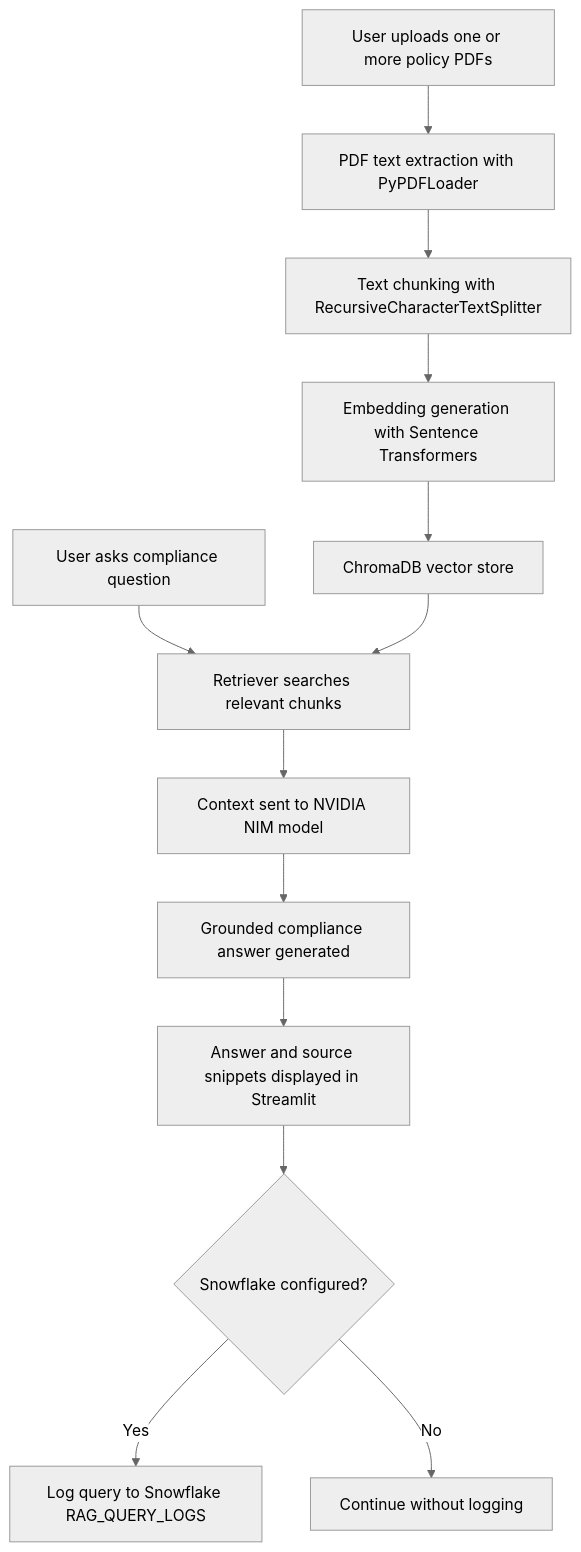
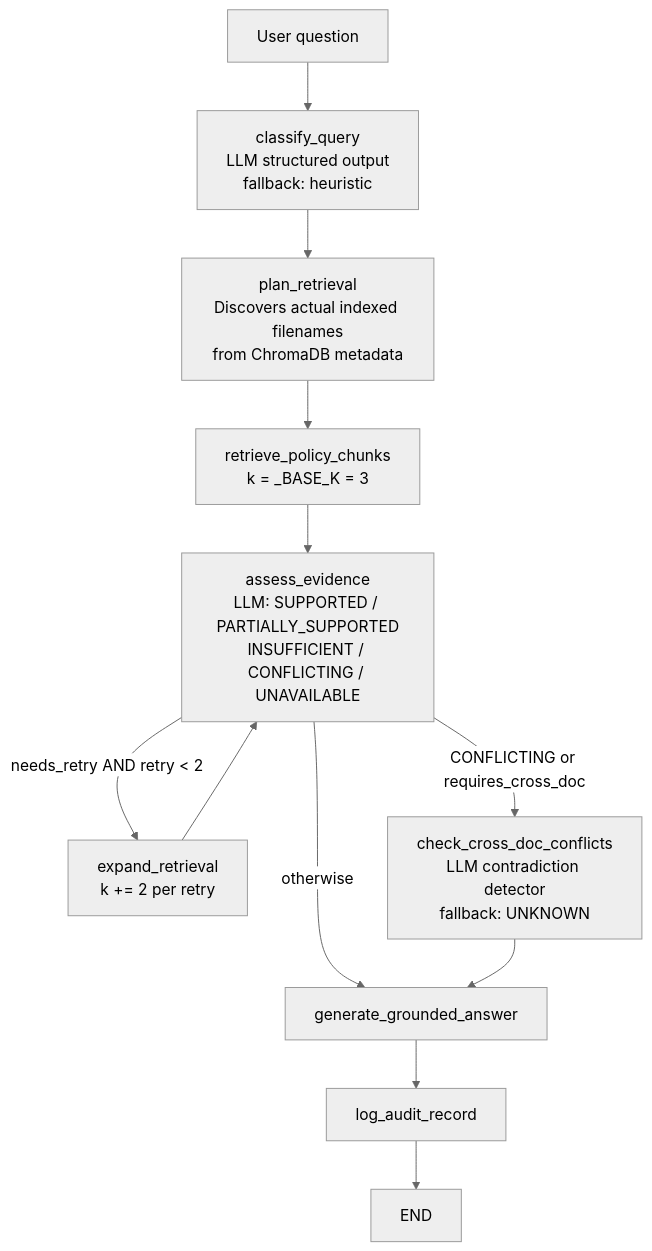
The diagram in README.md (Busayosage/enterprise-policy-compliance-auditor), drawn with Mermaid (neutral theme) before and after one commit. The commit also changed other lines of this file and 3 other files, not shown here.

````diff
--- a/README.md
+++ b/README.md
@@ -40,15 +59,14 @@
 ```mermaid
 flowchart TD
-    A[User uploads one or more policy PDFs] --> B[PDF text extraction with PyPDFLoader]
-    B --> C[Text chunking with RecursiveCharacterTextSplitter]
-    C --> D[Embedding generation with Sentence Transformers]
-    D --> E[ChromaDB vector store]
-    F[User asks compliance question] --> G[Retriever searches relevant chunks]
-    E --> G
-    G --> H[Context sent to NVIDIA NIM model]
-    H --> I[Grounded compliance answer generated]
-    I --> J[Answer and source snippets displayed in Streamlit]
-    J --> K{Snowflake configured?}
-    K -- Yes --> L[Log query to Snowflake RAG_QUERY_LOGS]
-    K -- No --> M[Continue without logging]
+    A[User question] --> B[classify_query\nLLM structured output\nfallback: heuristic]
+    B --> C[plan_retrieval\nDiscovers actual indexed filenames\nfrom ChromaDB metadata]
+    C --> D[retrieve_policy_chunks\nk = _BASE_K = 3]
+    D --> E[assess_evidence\nLLM: SUPPORTED / PARTIALLY_SUPPORTED\nINSUFFICIENT / CONFLICTING / UNAVAILABLE]
+    E -- needs_retry AND retry < 2 --> F[expand_retrieval\nk += 2 per retry]
+    F --> E
+    E -- CONFLICTING or requires_cross_doc --> G[check_cross_doc_conflicts\nLLM contradiction detector\nfallback: UNKNOWN]
+    E -- otherwise --> H[generate_grounded_answer]
+    G --> H
+    H --> I[log_audit_record]
+    I --> J[END]
 ```
````
